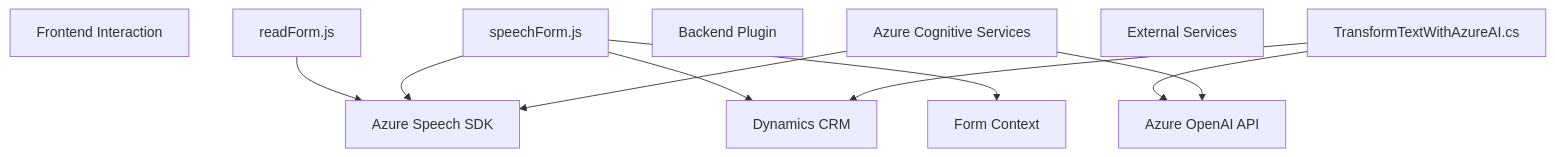
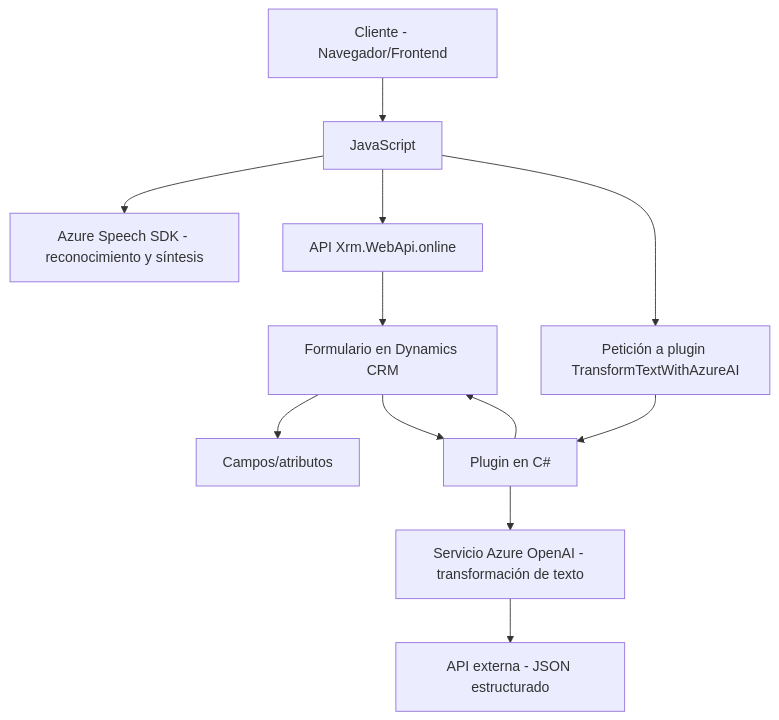
One commit to blopezdm/NETCORE_BILBAO2025 changed the diagram in README.md. Above: the diagram before and after it, drawn with Mermaid. The commit also changed other lines of this file, not shown here.

````diff
--- a/README.md
+++ b/README.md
@@ -49,25 +41,14 @@
 ```mermaid
 graph TD
-    A["Frontend Interaction"]
-    A1["readForm.js"]
-    A2["speechForm.js"]
-    A3["Azure Speech SDK"]
-    A4["Form Context"]
-    
-    B["Backend Plugin"]
-    B1["TransformTextWithAzureAI.cs"]
-    B2["Dynamics CRM"]
-    B3["Azure OpenAI API"]
-    
-    C["External Services"]
-    C1["Azure Cognitive Services"]
-
-    A1 --> A3
-    A2 --> B2
-    A2 --> A3
-    A2 --> A4
-    B1 --> B2
-    B1 --> B3
-    C1 --> A3
-    C1 --> B3
+    A1["Cliente - Navegador/Frontend"] --> A2["JavaScript"]
+    A2 --> B1["Azure Speech SDK - reconocimiento y síntesis"]
+    A2 --> B2["API Xrm.WebApi.online"]
+    B2 --> C1["Formulario en Dynamics CRM"]
+    C1 --> C2["Campos/atributos"]
+    A2 --> B3["Petición a plugin TransformTextWithAzureAI"]
+    B3 --> D1["Plugin en C#"]
+    D1 --> D2["Servicio Azure OpenAI - transformación de texto"]
+    D2 --> D3["API externa - JSON estructurado"]
+    D1 --> C1
+    C1 --> D1
 ```
````
